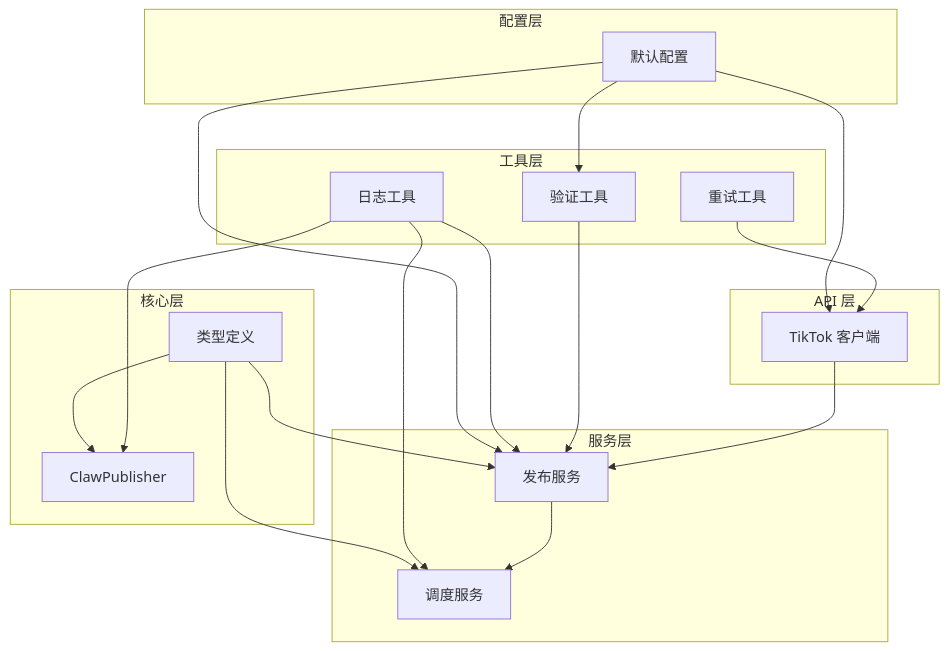
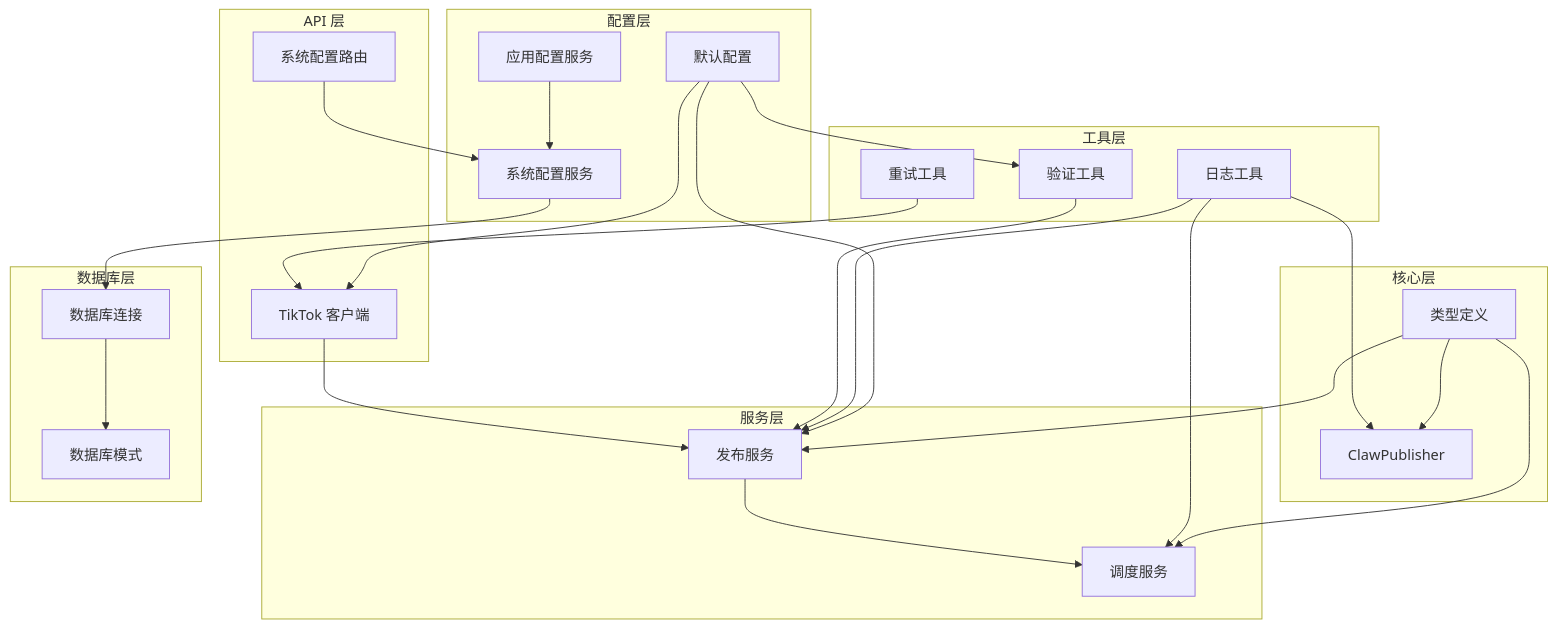
Before and after one commit to songdiyang/clawOperations: diagram 16 of 16 in .qoder/repowiki/zh/content/工具服务模块/配置管理/配置管理系统.md, drawn with Mermaid. The commit also changed other lines of this file and 10 other files, not shown here.

````diff
--- a/.qoder/repowiki/zh/content/工具服务模块/配置管理/配置管理系统.md
+++ b/.qoder/repowiki/zh/content/工具服务模块/配置管理/配置管理系统.md
@@ -496,35 +698,48 @@
 ```mermaid
 graph TB
 subgraph "配置层"
 DefaultConfig[默认配置]
+SystemConfigService[系统配置服务]
+AppConfigService[应用配置服务]
 end
 subgraph "核心层"
 ClawPublisher[ClawPublisher]
 Types[类型定义]
 end
 subgraph "服务层"
 PublishService[发布服务]
 SchedulerService[调度服务]
+SystemConfigService
+AppConfigService
 end
 subgraph "工具层"
 Logger[日志工具]
 Retry[重试工具]
 Validator[验证工具]
 end
 subgraph "API 层"
 DouyinClient[TikTok 客户端]
+SystemRoutes[系统配置路由]
+end
+subgraph "数据库层"
+Database[数据库连接]
+Schema[数据库模式]
 end
 DefaultConfig --> DouyinClient
 DefaultConfig --> PublishService
 DefaultConfig --> Validator
+SystemConfigService --> Database
+AppConfigService --> SystemConfigService
+SystemRoutes --> SystemConfigService
 Types --> ClawPublisher
 Types --> PublishService
 Types --> SchedulerService
 Logger --> ClawPublisher
 Logger --> PublishService
 Logger --> SchedulerService
 Retry --> DouyinClient
 Validator --> PublishService
 DouyinClient --> PublishService
 PublishService --> SchedulerService
+Database --> Schema
 ```
````
